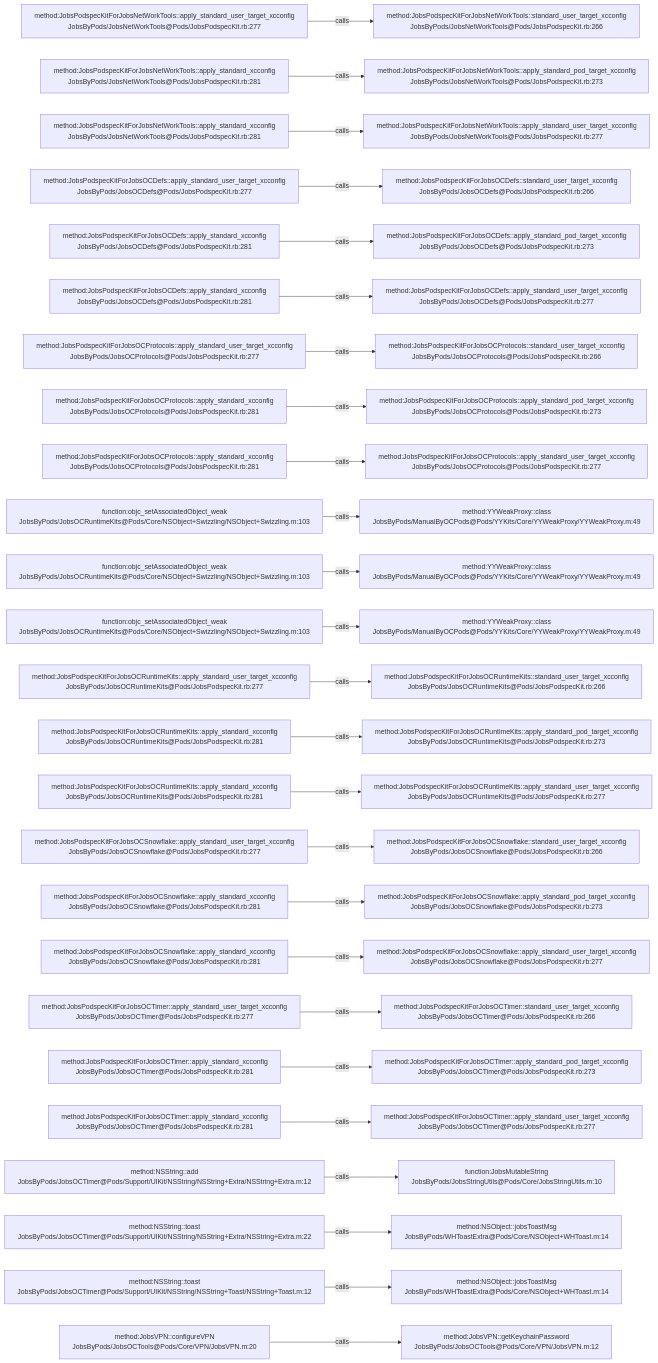
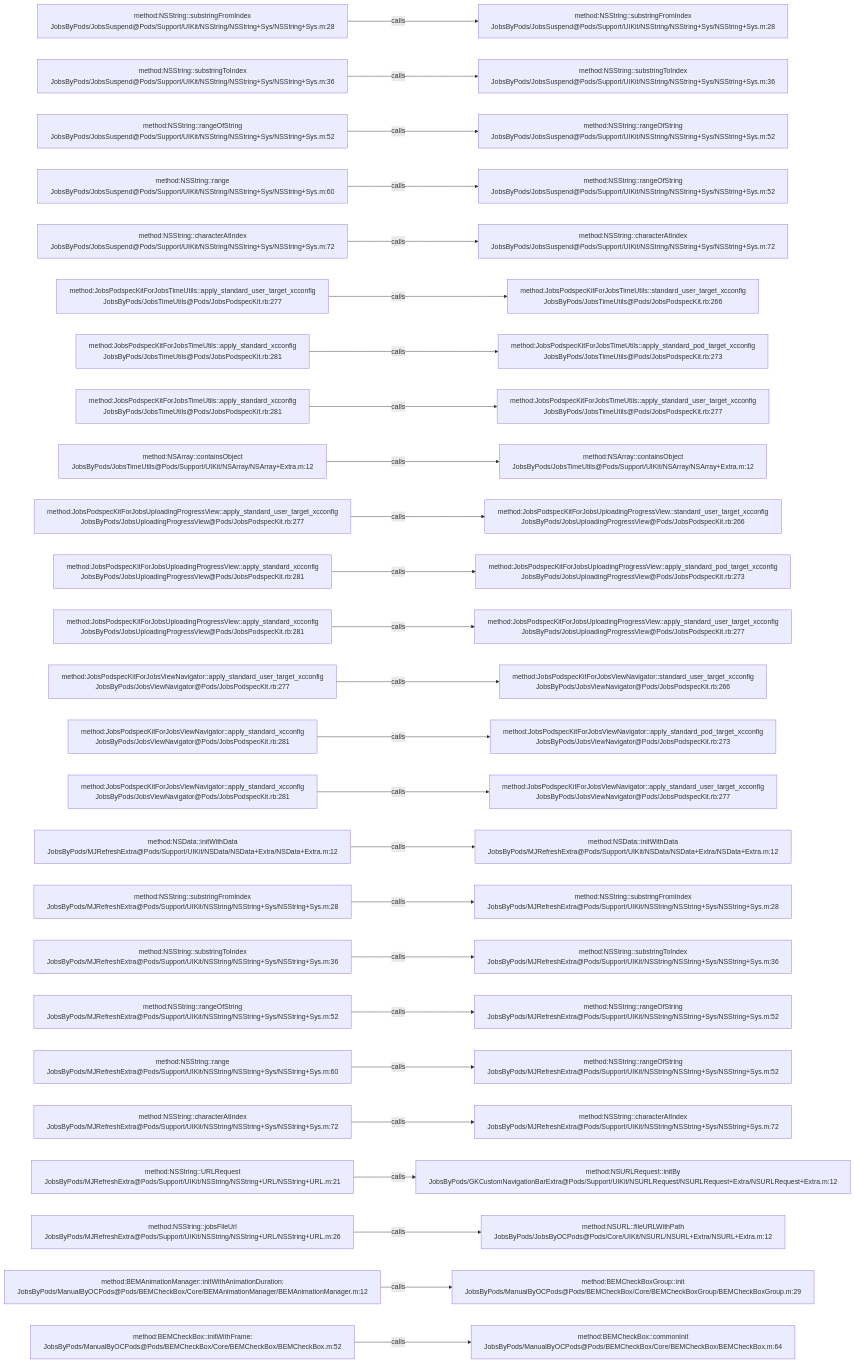
One commit to JobsKits/JobsOCBaseConfigDemo changed the diagram in .codegraph/codegraph.md/graphs/calls-013.md. Above: the diagram before and after it, drawn with Mermaid. The commit also changed 1353 other files, not shown here.

````diff
--- a/.codegraph/codegraph.md/graphs/calls-013.md
+++ b/.codegraph/codegraph.md/graphs/calls-013.md
@@ -13,78 +13,78 @@
 ```mermaid
 flowchart LR
-  S1["method:JobsPodspecKitForJobsNetWorkTools::apply_standard_user_target_xcconfig<br/>JobsByPods/JobsNetWorkTools@Pods/JobsPodspecKit.rb:277"]
-  T1["method:JobsPodspecKitForJobsNetWorkTools::standard_user_target_xcconfig<br/>JobsByPods/JobsNetWorkTools@Pods/JobsPodspecKit.rb:266"]
+  S1["method:NSString::substringFromIndex<br/>JobsByPods/JobsSuspend@Pods/Support/UIKit/NSString/NSString+Sys/NSString+Sys.m:28"]
+  T1["method:NSString::substringFromIndex<br/>JobsByPods/JobsSuspend@Pods/Support/UIKit/NSString/NSString+Sys/NSString+Sys.m:28"]
   S1 -->|calls| T1
-  S2["method:JobsPodspecKitForJobsNetWorkTools::apply_standard_xcconfig<br/>JobsByPods/JobsNetWorkTools@Pods/JobsPodspecKit.rb:281"]
-  T2["method:JobsPodspecKitForJobsNetWorkTools::apply_standard_pod_target_xcconfig<br/>JobsByPods/JobsNetWorkTools@Pods/JobsPodspecKit.rb:273"]
+  S2["method:NSString::substringToIndex<br/>JobsByPods/JobsSuspend@Pods/Support/UIKit/NSString/NSString+Sys/NSString+Sys.m:36"]
+  T2["method:NSString::substringToIndex<br/>JobsByPods/JobsSuspend@Pods/Support/UIKit/NSString/NSString+Sys/NSString+Sys.m:36"]
   S2 -->|calls| T2
-  S3["method:JobsPodspecKitForJobsNetWorkTools::apply_standard_xcconfig<br/>JobsByPods/JobsNetWorkTools@Pods/JobsPodspecKit.rb:281"]
-  T3["method:JobsPodspecKitForJobsNetWorkTools::apply_standard_user_target_xcconfig<br/>JobsByPods/JobsNetWorkTools@Pods/JobsPodspecKit.rb:277"]
+  S3["method:NSString::rangeOfString<br/>JobsByPods/JobsSuspend@Pods/Support/UIKit/NSString/NSString+Sys/NSString+Sys.m:52"]
+  T3["method:NSString::rangeOfString<br/>JobsByPods/JobsSuspend@Pods/Support/UIKit/NSString/NSString+Sys/NSString+Sys.m:52"]
   S3 -->|calls| T3
-  S4["method:JobsPodspecKitForJobsOCDefs::apply_standard_user_target_xcconfig<br/>JobsByPods/JobsOCDefs@Pods/JobsPodspecKit.rb:277"]
-  T4["method:JobsPodspecKitForJobsOCDefs::standard_user_target_xcconfig<br/>JobsByPods/JobsOCDefs@Pods/JobsPodspecKit.rb:266"]
+  S4["method:NSString::range<br/>JobsByPods/JobsSuspend@Pods/Support/UIKit/NSString/NSString+Sys/NSString+Sys.m:60"]
+  T4["method:NSString::rangeOfString<br/>JobsByPods/JobsSuspend@Pods/Support/UIKit/NSString/NSString+Sys/NSString+Sys.m:52"]
   S4 -->|calls| T4
-  S5["method:JobsPodspecKitForJobsOCDefs::apply_standard_xcconfig<br/>JobsByPods/JobsOCDefs@Pods/JobsPodspecKit.rb:281"]
-  T5["method:JobsPodspecKitForJobsOCDefs::apply_standard_pod_target_xcconfig<br/>JobsByPods/JobsOCDefs@Pods/JobsPodspecKit.rb:273"]
+  S5["method:NSString::characterAtIndex<br/>JobsByPods/JobsSuspend@Pods/Support/UIKit/NSString/NSString+Sys/NSString+Sys.m:72"]
+  T5["method:NSString::characterAtIndex<br/>JobsByPods/JobsSuspend@Pods/Support/UIKit/NSString/NSString+Sys/NSString+Sys.m:72"]
   S5 -->|calls| T5
-  S6["method:JobsPodspecKitForJobsOCDefs::apply_standard_xcconfig<br/>JobsByPods/JobsOCDefs@Pods/JobsPodspecKit.rb:281"]
-  T6["method:JobsPodspecKitForJobsOCDefs::apply_standard_user_target_xcconfig<br/>JobsByPods/JobsOCDefs@Pods/JobsPodspecKit.rb:277"]
+  S6["method:JobsPodspecKitForJobsTimeUtils::apply_standard_user_target_xcconfig<br/>JobsByPods/JobsTimeUtils@Pods/JobsPodspecKit.rb:277"]
+  T6["method:JobsPodspecKitForJobsTimeUtils::standard_user_target_xcconfig<br/>JobsByPods/JobsTimeUtils@Pods/JobsPodspecKit.rb:266"]
   S6 -->|calls| T6
-  S7["method:JobsPodspecKitForJobsOCProtocols::apply_standard_user_target_xcconfig<br/>JobsByPods/JobsOCProtocols@Pods/JobsPodspecKit.rb:277"]
-  T7["method:JobsPodspecKitForJobsOCProtocols::standard_user_target_xcconfig<br/>JobsByPods/JobsOCProtocols@Pods/JobsPodspecKit.rb:266"]
+  S7["method:JobsPodspecKitForJobsTimeUtils::apply_standard_xcconfig<br/>JobsByPods/JobsTimeUtils@Pods/JobsPodspecKit.rb:281"]
+  T7["method:JobsPodspecKitForJobsTimeUtils::apply_standard_pod_target_xcconfig<br/>JobsByPods/JobsTimeUtils@Pods/JobsPodspecKit.rb:273"]
   S7 -->|calls| T7
-  S8["method:JobsPodspecKitForJobsOCProtocols::apply_standard_xcconfig<br/>JobsByPods/JobsOCProtocols@Pods/JobsPodspecKit.rb:281"]
-  T8["method:JobsPodspecKitForJobsOCProtocols::apply_standard_pod_target_xcconfig<br/>JobsByPods/JobsOCProtocols@Pods/JobsPodspecKit.rb:273"]
+  S8["method:JobsPodspecKitForJobsTimeUtils::apply_standard_xcconfig<br/>JobsByPods/JobsTimeUtils@Pods/JobsPodspecKit.rb:281"]
+  T8["method:JobsPodspecKitForJobsTimeUtils::apply_standard_user_target_xcconfig<br/>JobsByPods/JobsTimeUtils@Pods/JobsPodspecKit.rb:277"]
   S8 -->|calls| T8
-  S9["method:JobsPodspecKitForJobsOCProtocols::apply_standard_xcconfig<br/>JobsByPods/JobsOCProtocols@Pods/JobsPodspecKit.rb:281"]
-  T9["method:JobsPodspecKitForJobsOCProtocols::apply_standard_user_target_xcconfig<br/>JobsByPods/JobsOCProtocols@Pods/JobsPodspecKit.rb:277"]
+  S9["method:NSArray::containsObject<br/>JobsByPods/JobsTimeUtils@Pods/Support/UIKit/NSArray/NSArray+Extra.m:12"]
+  T9["method:NSArray::containsObject<br/>JobsByPods/JobsTimeUtils@Pods/Support/UIKit/NSArray/NSArray+Extra.m:12"]
   S9 -->|calls| T9
-  S10["function:objc_setAssociatedObject_weak<br/>JobsByPods/JobsOCRuntimeKits@Pods/Core/NSObject+Swizzling/NSObject+Swizzling.m:103"]
-  T10["method:YYWeakProxy::class<br/>JobsByPods/ManualByOCPods@Pods/YYKits/Core/YYWeakProxy/YYWeakProxy.m:49"]
+  S10["method:JobsPodspecKitForJobsUploadingProgressView::apply_standard_user_target_xcconfig<br/>JobsByPods/JobsUploadingProgressView@Pods/JobsPodspecKit.rb:277"]
+  T10["method:JobsPodspecKitForJobsUploadingProgressView::standard_user_target_xcconfig<br/>JobsByPods/JobsUploadingProgressView@Pods/JobsPodspecKit.rb:266"]
   S10 -->|calls| T10
-  S11["function:objc_setAssociatedObject_weak<br/>JobsByPods/JobsOCRuntimeKits@Pods/Core/NSObject+Swizzling/NSObject+Swizzling.m:103"]
-  T11["method:YYWeakProxy::class<br/>JobsByPods/ManualByOCPods@Pods/YYKits/Core/YYWeakProxy/YYWeakProxy.m:49"]
+  S11["method:JobsPodspecKitForJobsUploadingProgressView::apply_standard_xcconfig<br/>JobsByPods/JobsUploadingProgressView@Pods/JobsPodspecKit.rb:281"]
+  T11["method:JobsPodspecKitForJobsUploadingProgressView::apply_standard_pod_target_xcconfig<br/>JobsByPods/JobsUploadingProgressView@Pods/JobsPodspecKit.rb:273"]
   S11 -->|calls| T11
-  S12["function:objc_setAssociatedObject_weak<br/>JobsByPods/JobsOCRuntimeKits@Pods/Core/NSObject+Swizzling/NSObject+Swizzling.m:103"]
-  T12["method:YYWeakProxy::class<br/>JobsByPods/ManualByOCPods@Pods/YYKits/Core/YYWeakProxy/YYWeakProxy.m:49"]
+  S12["method:JobsPodspecKitForJobsUploadingProgressView::apply_standard_xcconfig<br/>JobsByPods/JobsUploadingProgressView@Pods/JobsPodspecKit.rb:281"]
+  T12["method:JobsPodspecKitForJobsUploadingProgressView::apply_standard_user_target_xcconfig<br/>JobsByPods/JobsUploadingProgressView@Pods/JobsPodspecKit.rb:277"]
   S12 -->|calls| T12
-  S13["method:JobsPodspecKitForJobsOCRuntimeKits::apply_standard_user_target_xcconfig<br/>JobsByPods/JobsOCRuntimeKits@Pods/JobsPodspecKit.rb:277"]
-  T13["method:JobsPodspecKitForJobsOCRuntimeKits::standard_user_target_xcconfig<br/>JobsByPods/JobsOCRuntimeKits@Pods/JobsPodspecKit.rb:266"]
+  S13["method:JobsPodspecKitForJobsViewNavigator::apply_standard_user_target_xcconfig<br/>JobsByPods/JobsViewNavigator@Pods/JobsPodspecKit.rb:277"]
+  T13["method:JobsPodspecKitForJobsViewNavigator::standard_user_target_xcconfig<br/>JobsByPods/JobsViewNavigator@Pods/JobsPodspecKit.rb:266"]
   S13 -->|calls| T13
-  S14["method:JobsPodspecKitForJobsOCRuntimeKits::apply_standard_xcconfig<br/>JobsByPods/JobsOCRuntimeKits@Pods/JobsPodspecKit.rb:281"]
-  T14["method:JobsPodspecKitForJobsOCRuntimeKits::apply_standard_pod_target_xcconfig<br/>JobsByPods/JobsOCRuntimeKits@Pods/JobsPodspecKit.rb:273"]
+  S14["method:JobsPodspecKitForJobsViewNavigator::apply_standard_xcconfig<br/>JobsByPods/JobsViewNavigator@Pods/JobsPodspecKit.rb:281"]
+  T14["method:JobsPodspecKitForJobsViewNavigator::apply_standard_pod_target_xcconfig<br/>JobsByPods/JobsViewNavigator@Pods/JobsPodspecKit.rb:273"]
   S14 -->|calls| T14
-  S15["method:JobsPodspecKitForJobsOCRuntimeKits::apply_standard_xcconfig<br/>JobsByPods/JobsOCRuntimeKits@Pods/JobsPodspecKit.rb:281"]
-  T15["method:JobsPodspecKitForJobsOCRuntimeKits::apply_standard_user_target_xcconfig<br/>JobsByPods/JobsOCRuntimeKits@Pods/JobsPodspecKit.rb:277"]
+  S15["method:JobsPodspecKitForJobsViewNavigator::apply_standard_xcconfig<br/>JobsByPods/JobsViewNavigator@Pods/JobsPodspecKit.rb:281"]
+  T15["method:JobsPodspecKitForJobsViewNavigator::apply_standard_user_target_xcconfig<br/>JobsByPods/JobsViewNavigator@Pods/JobsPodspecKit.rb:277"]
   S15 -->|calls| T15
-  S16["method:JobsPodspecKitForJobsOCSnowflake::apply_standard_user_target_xcconfig<br/>JobsByPods/JobsOCSnowflake@Pods/JobsPodspecKit.rb:277"]
-  T16["method:JobsPodspecKitForJobsOCSnowflake::standard_user_target_xcconfig<br/>JobsByPods/JobsOCSnowflake@Pods/JobsPodspecKit.rb:266"]
+  S16["method:NSData::initWithData<br/>JobsByPods/MJRefreshExtra@Pods/Support/UIKit/NSData/NSData+Extra/NSData+Extra.m:12"]
+  T16["method:NSData::initWithData<br/>JobsByPods/MJRefreshExtra@Pods/Support/UIKit/NSData/NSData+Extra/NSData+Extra.m:12"]
   S16 -->|calls| T16
-  S17["method:JobsPodspecKitForJobsOCSnowflake::apply_standard_xcconfig<br/>JobsByPods/JobsOCSnowflake@Pods/JobsPodspecKit.rb:281"]
-  T17["method:JobsPodspecKitForJobsOCSnowflake::apply_standard_pod_target_xcconfig<br/>JobsByPods/JobsOCSnowflake@Pods/JobsPodspecKit.rb:273"]
+  S17["method:NSString::substringFromIndex<br/>JobsByPods/MJRefreshExtra@Pods/Support/UIKit/NSString/NSString+Sys/NSString+Sys.m:28"]
+  T17["method:NSString::substringFromIndex<br/>JobsByPods/MJRefreshExtra@Pods/Support/UIKit/NSString/NSString+Sys/NSString+Sys.m:28"]
   S17 -->|calls| T17
-  S18["method:JobsPodspecKitForJobsOCSnowflake::apply_standard_xcconfig<br/>JobsByPods/JobsOCSnowflake@Pods/JobsPodspecKit.rb:281"]
-  T18["method:JobsPodspecKitForJobsOCSnowflake::apply_standard_user_target_xcconfig<br/>JobsByPods/JobsOCSnowflake@Pods/JobsPodspecKit.rb:277"]
+  S18["method:NSString::substringToIndex<br/>JobsByPods/MJRefreshExtra@Pods/Support/UIKit/NSString/NSString+Sys/NSString+Sys.m:36"]
+  T18["method:NSString::substringToIndex<br/>JobsByPods/MJRefreshExtra@Pods/Support/UIKit/NSString/NSString+Sys/NSString+Sys.m:36"]
   S18 -->|calls| T18
-  S19["method:JobsPodspecKitForJobsOCTimer::apply_standard_user_target_xcconfig<br/>JobsByPods/JobsOCTimer@Pods/JobsPodspecKit.rb:277"]
-  T19["method:JobsPodspecKitForJobsOCTimer::standard_user_target_xcconfig<br/>JobsByPods/JobsOCTimer@Pods/JobsPodspecKit.rb:266"]
+  S19["method:NSString::rangeOfString<br/>JobsByPods/MJRefreshExtra@Pods/Support/UIKit/NSString/NSString+Sys/NSString+Sys.m:52"]
+  T19["method:NSString::rangeOfString<br/>JobsByPods/MJRefreshExtra@Pods/Support/UIKit/NSString/NSString+Sys/NSString+Sys.m:52"]
   S19 -->|calls| T19
-  S20["method:JobsPodspecKitForJobsOCTimer::apply_standard_xcconfig<br/>JobsByPods/JobsOCTimer@Pods/JobsPodspecKit.rb:281"]
-  T20["method:JobsPodspecKitForJobsOCTimer::apply_standard_pod_target_xcconfig<br/>JobsByPods/JobsOCTimer@Pods/JobsPodspecKit.rb:273"]
+  S20["method:NSString::range<br/>JobsByPods/MJRefreshExtra@Pods/Support/UIKit/NSString/NSString+Sys/NSString+Sys.m:60"]
+  T20["method:NSString::rangeOfString<br/>JobsByPods/MJRefreshExtra@Pods/Support/UIKit/NSString/NSString+Sys/NSString+Sys.m:52"]
   S20 -->|calls| T20
-  S21["method:JobsPodspecKitForJobsOCTimer::apply_standard_xcconfig<br/>JobsByPods/JobsOCTimer@Pods/JobsPodspecKit.rb:281"]
-  T21["method:JobsPodspecKitForJobsOCTimer::apply_standard_user_target_xcconfig<br/>JobsByPods/JobsOCTimer@Pods/JobsPodspecKit.rb:277"]
+  S21["method:NSString::characterAtIndex<br/>JobsByPods/MJRefreshExtra@Pods/Support/UIKit/NSString/NSString+Sys/NSString+Sys.m:72"]
+  T21["method:NSString::characterAtIndex<br/>JobsByPods/MJRefreshExtra@Pods/Support/UIKit/NSString/NSString+Sys/NSString+Sys.m:72"]
   S21 -->|calls| T21
-  S22["method:NSString::add<br/>JobsByPods/JobsOCTimer@Pods/Support/UIKit/NSString/NSString+Extra/NSString+Extra.m:12"]
-  T22["function:JobsMutableString<br/>JobsByPods/JobsStringUtils@Pods/Core/JobsStringUtils.m:10"]
+  S22["method:NSString::URLRequest<br/>JobsByPods/MJRefreshExtra@Pods/Support/UIKit/NSString/NSString+URL/NSString+URL.m:21"]
+  T22["method:NSURLRequest::initBy<br/>JobsByPods/GKCustomNavigationBarExtra@Pods/Support/UIKit/NSURLRequest/NSURLRequest+Extra/NSURLRequest+Extra.m:12"]
   S22 -->|calls| T22
-  S23["method:NSString::toast<br/>JobsByPods/JobsOCTimer@Pods/Support/UIKit/NSString/NSString+Extra/NSString+Extra.m:22"]
-  T23["method:NSObject::jobsToastMsg<br/>JobsByPods/WHToastExtra@Pods/Core/NSObject+WHToast.m:14"]
+  S23["method:NSString::jobsFileUrl<br/>JobsByPods/MJRefreshExtra@Pods/Support/UIKit/NSString/NSString+URL/NSString+URL.m:26"]
+  T23["method:NSURL::fileURLWithPath<br/>JobsByPods/JobsByOCPods@Pods/Core/UIKit/NSURL/NSURL+Extra/NSURL+Extra.m:12"]
   S23 -->|calls| T23
-  S24["method:NSString::toast<br/>JobsByPods/JobsOCTimer@Pods/Support/UIKit/NSString/NSString+Toast/NSString+Toast.m:12"]
-  T24["method:NSObject::jobsToastMsg<br/>JobsByPods/WHToastExtra@Pods/Core/NSObject+WHToast.m:14"]
+  S24["method:BEMAnimationManager::initWithAnimationDuration:<br/>JobsByPods/ManualByOCPods@Pods/BEMCheckBox/Core/BEMAnimationManager/BEMAnimationManager.m:12"]
+  T24["method:BEMCheckBoxGroup::init<br/>JobsByPods/ManualByOCPods@Pods/BEMCheckBox/Core/BEMCheckBoxGroup/BEMCheckBoxGroup.m:29"]
   S24 -->|calls| T24
-  S25["method:JobsVPN::configureVPN<br/>JobsByPods/JobsOCTools@Pods/Core/VPN/JobsVPN.m:20"]
-  T25["method:JobsVPN::getKeychainPassword<br/>JobsByPods/JobsOCTools@Pods/Core/VPN/JobsVPN.m:12"]
+  S25["method:BEMCheckBox::initWithFrame:<br/>JobsByPods/ManualByOCPods@Pods/BEMCheckBox/Core/BEMCheckBox/BEMCheckBox.m:52"]
+  T25["method:BEMCheckBox::commonInit<br/>JobsByPods/ManualByOCPods@Pods/BEMCheckBox/Core/BEMCheckBox/BEMCheckBox.m:64"]
   S25 -->|calls| T25
 ```
````
